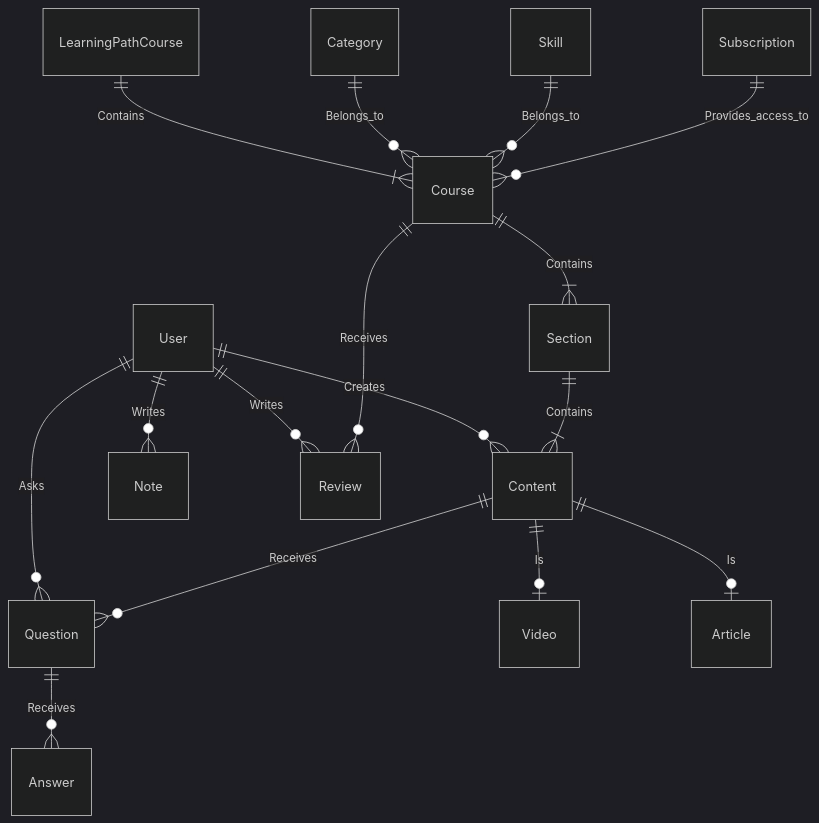
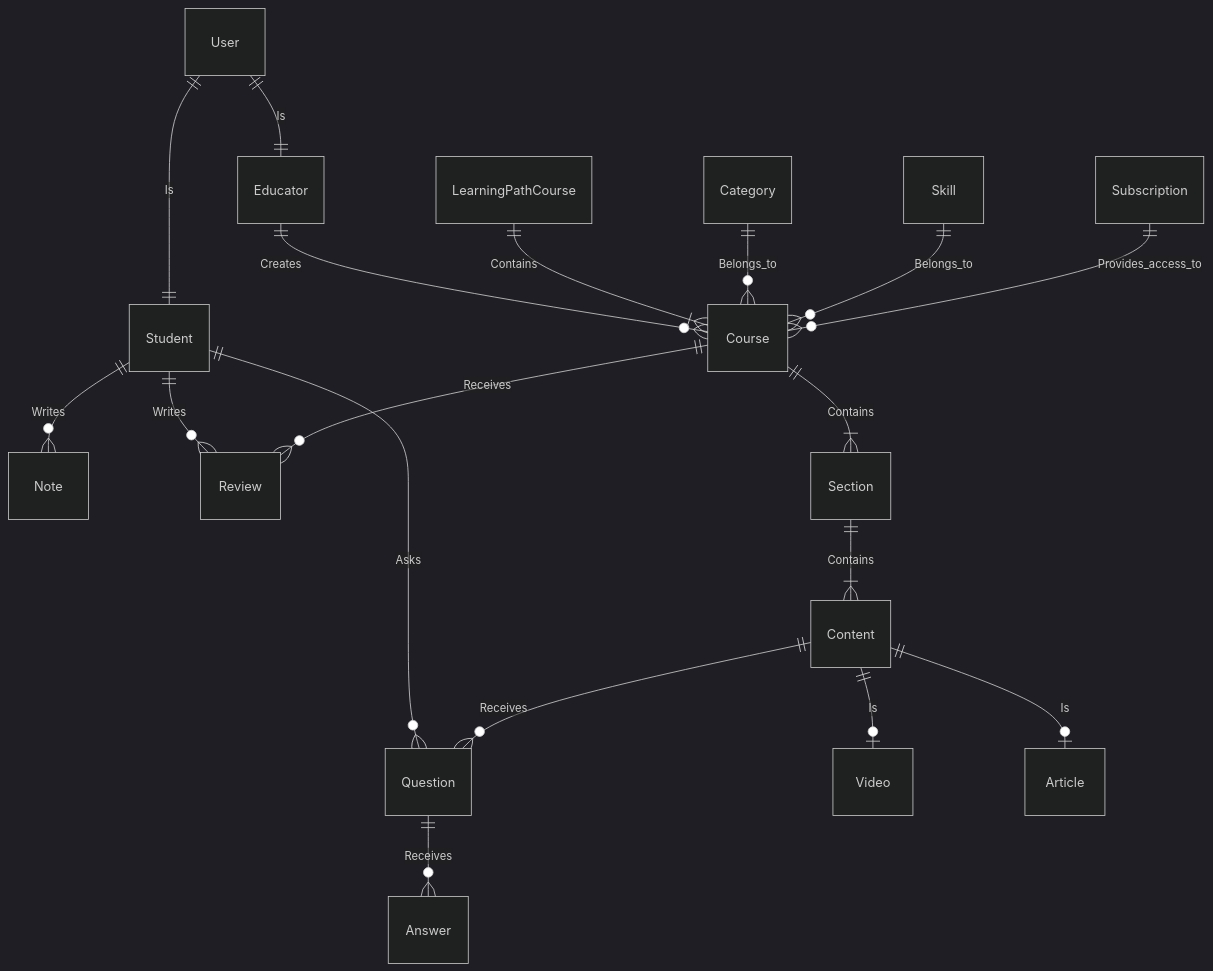
Before and after one commit to aslamcodes/Capstone: the diagram in Documents/ER Diagram.md, drawn with Mermaid (dark theme).

````diff
--- a/Documents/ER Diagram.md
+++ b/Documents/ER Diagram.md
@@ -1,24 +1,26 @@
 ```mermaid
 erDiagram
-	User ||--o{ Content : Creates
-    User ||--o{ Note : Writes
-    User ||--o{ Review : Writes
-    User ||--o{ Question : Asks
+	Educator ||--o{ Course : Creates
+	User ||--|| Student : Is
+	User ||--|| Educator : Is
+    Student ||--o{ Note : Writes
+    Student ||--o{ Review : Writes
+    Student ||--o{ Question : Asks
     
 	Content ||--o| Video : Is
 	Content ||--o| Article : Is
 	
 	Content ||--o{ Question : Receives
 	Question ||--o{ Answer : Receives
 	
 	Course ||--|{ Section : Contains
 	Course ||--o{ Review: Receives
 	Section ||--|{ Content: Contains
 	
 	LearningPathCourse ||--|{ Course : Contains
 	
 	Category ||--o{ Course : Belongs_to
 	Skill ||--o{ Course : Belongs_to
 
 	Subscription ||--o{ Course : Provides_access_to	
 ```
````
